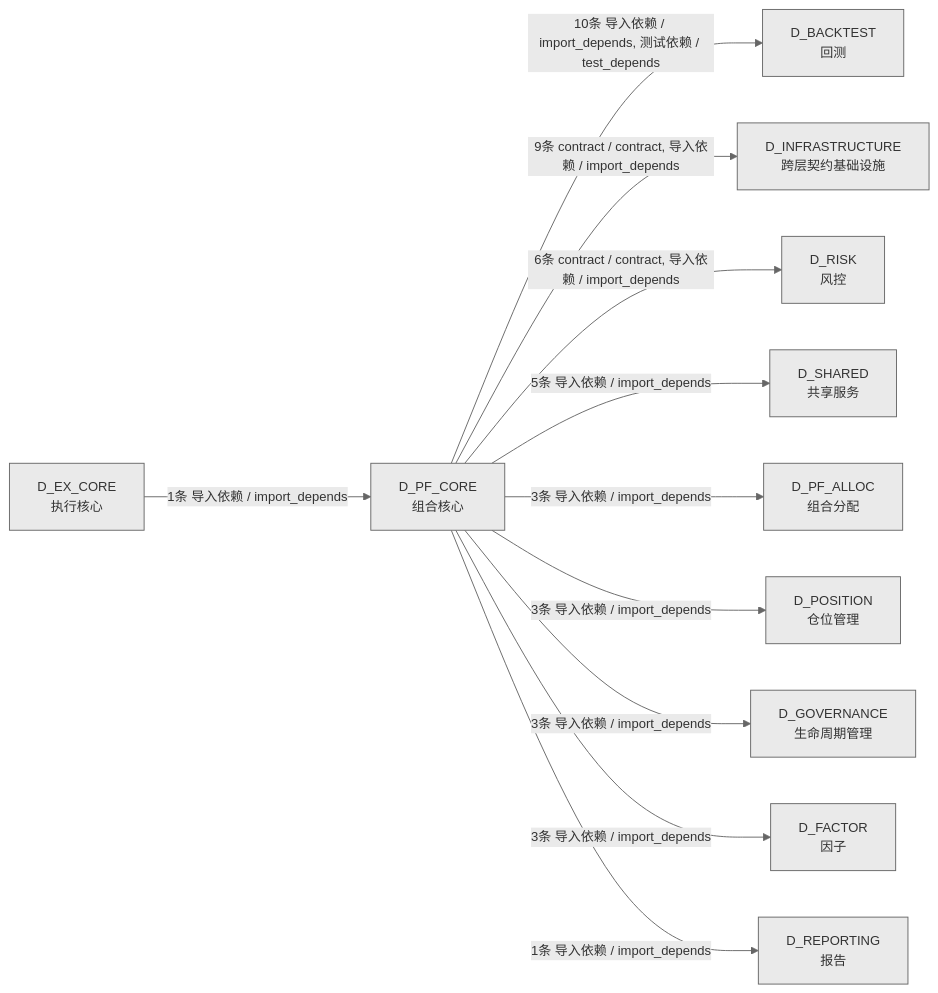
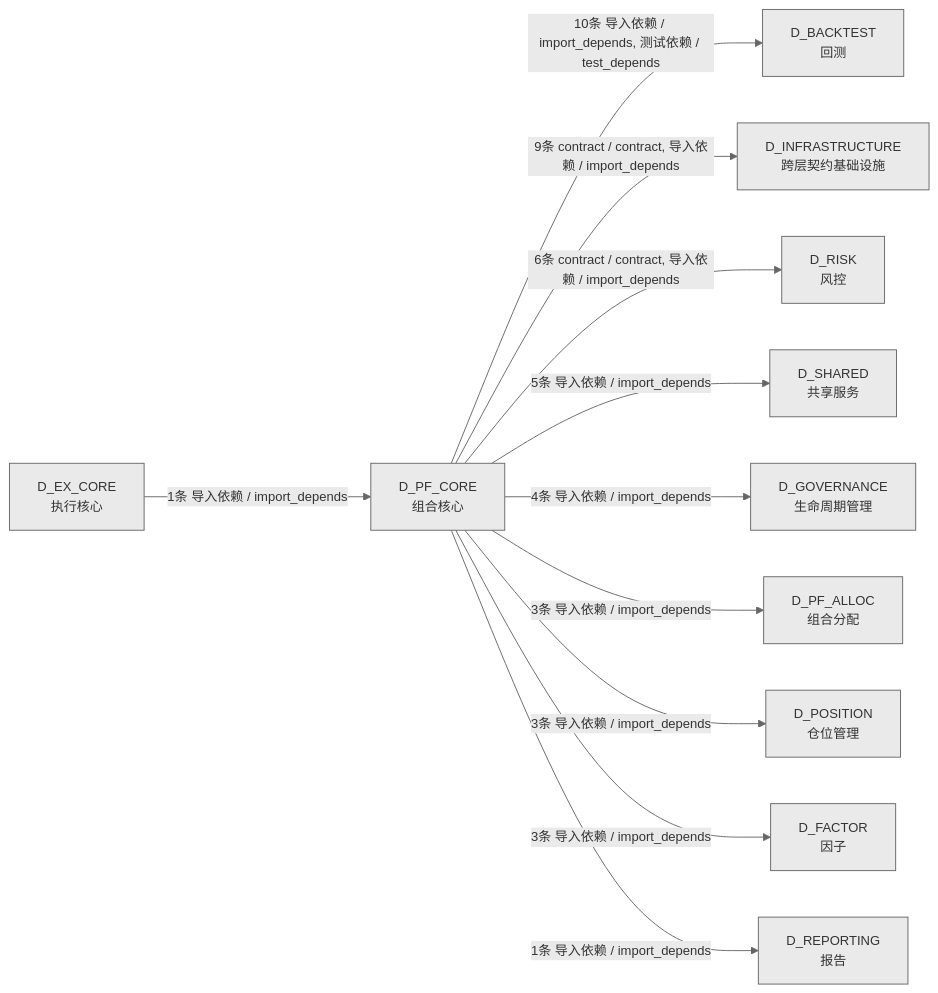
Before and after one commit to xuanFelixVan/ZephyrAlpha: the third of 3 diagrams in docs/02_enterprise_architecture/02_domain_architecture_docs/63_d_pf_core.md, drawn with Mermaid. The commit also changed other lines of this file and 50 other files, not shown here.

````diff
--- a/docs/02_enterprise_architecture/02_domain_architecture_docs/63_d_pf_core.md
+++ b/docs/02_enterprise_architecture/02_domain_architecture_docs/63_d_pf_core.md
@@ -271,25 +265,25 @@
 ```mermaid
 %%{init: {'theme': 'base', 'themeVariables': {'primaryColor': '#eaeaea', 'primaryTextColor': '#333333', 'primaryBorderColor': '#666666', 'lineColor': '#666666', 'secondaryColor': '#eaeaea', 'tertiaryColor': '#eaeaea', 'fontSize': '14px'}}}%%
 graph LR
     D_PF_CORE["D_PF_CORE<br/>组合核心"]
     D_BACKTEST["D_BACKTEST<br/>回测"]
     D_INFRASTRUCTURE["D_INFRASTRUCTURE<br/>跨层契约基础设施"]
     D_RISK["D_RISK<br/>风控"]
     D_SHARED["D_SHARED<br/>共享服务"]
+    D_GOVERNANCE["D_GOVERNANCE<br/>生命周期管理"]
     D_PF_ALLOC["D_PF_ALLOC<br/>组合分配"]
     D_POSITION["D_POSITION<br/>仓位管理"]
-    D_GOVERNANCE["D_GOVERNANCE<br/>生命周期管理"]
     D_FACTOR["D_FACTOR<br/>因子"]
     D_REPORTING["D_REPORTING<br/>报告"]
     D_EX_CORE["D_EX_CORE<br/>执行核心"]
     D_PF_CORE -->|10条 导入依赖 / import_depends, 测试依赖 / test_depends| D_BACKTEST
     D_PF_CORE -->|9条 contract / contract, 导入依赖 / import_depends| D_INFRASTRUCTURE
     D_PF_CORE -->|6条 contract / contract, 导入依赖 / import_depends| D_RISK
     D_PF_CORE -->|5条 导入依赖 / import_depends| D_SHARED
+    D_PF_CORE -->|4条 导入依赖 / import_depends| D_GOVERNANCE
     D_PF_CORE -->|3条 导入依赖 / import_depends| D_PF_ALLOC
     D_PF_CORE -->|3条 导入依赖 / import_depends| D_POSITION
-    D_PF_CORE -->|3条 导入依赖 / import_depends| D_GOVERNANCE
     D_PF_CORE -->|3条 导入依赖 / import_depends| D_FACTOR
     D_PF_CORE -->|1条 导入依赖 / import_depends| D_REPORTING
     D_EX_CORE -->|1条 导入依赖 / import_depends| D_PF_CORE
 ```
````
